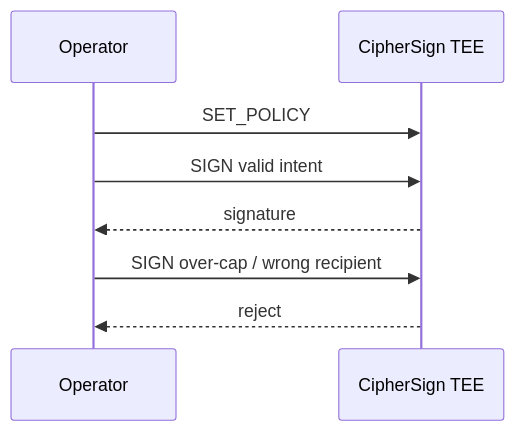
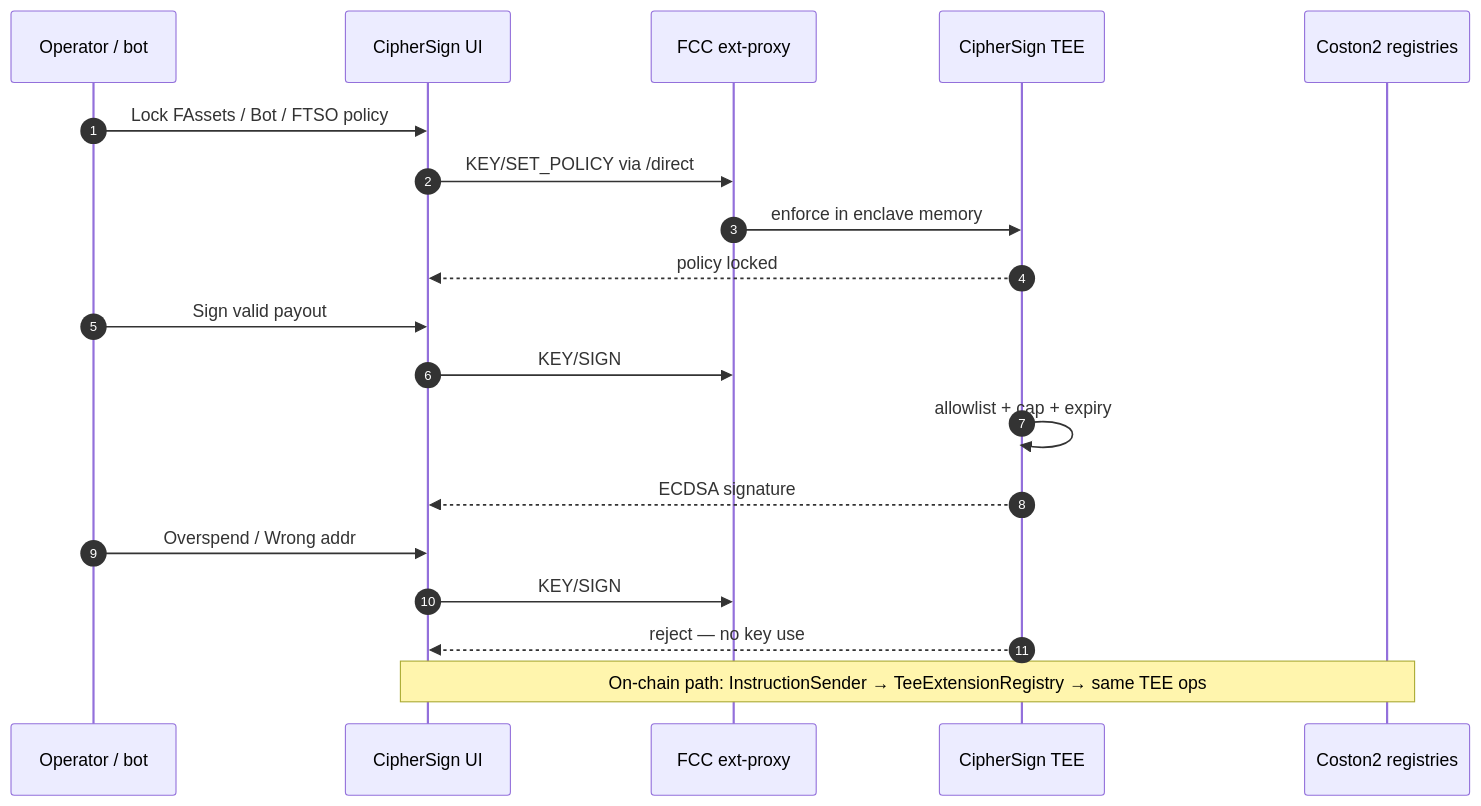
Before and after one commit to thesithunyein/cipher-sign: the third of 3 diagrams in README.md, drawn with Mermaid. The commit also changed other lines of this file, not shown here.

Commit message:
Add advanced Flare TEE architecture diagrams to README.

````diff
--- a/README.md
+++ b/README.md
@@ -91,10 +138,25 @@
 ```mermaid
 sequenceDiagram
-  participant Ops as Operator
+  autonumber
+  participant Ops as Operator / bot
+  participant App as CipherSign UI
+  participant Proxy as FCC ext-proxy
   participant TEE as CipherSign TEE
-  Ops->>TEE: SET_POLICY
-  Ops->>TEE: SIGN valid intent
-  TEE-->>Ops: signature
-  Ops->>TEE: SIGN over-cap / wrong recipient
-  TEE-->>Ops: reject
+  participant Chain as Coston2 registries
+
+  Ops->>App: Lock FAssets / Bot / FTSO policy
+  App->>Proxy: KEY/SET_POLICY via /direct
+  Proxy->>TEE: enforce in enclave memory
+  TEE-->>App: policy locked
+
+  Ops->>App: Sign valid payout
+  App->>Proxy: KEY/SIGN
+  TEE->>TEE: allowlist + cap + expiry
+  TEE-->>App: ECDSA signature
+
+  Ops->>App: Overspend / Wrong addr
+  App->>Proxy: KEY/SIGN
+  TEE-->>App: reject — no key use
+
+  Note over App,Chain: On-chain path: InstructionSender → TeeExtensionRegistry → same TEE ops
 ```
````
